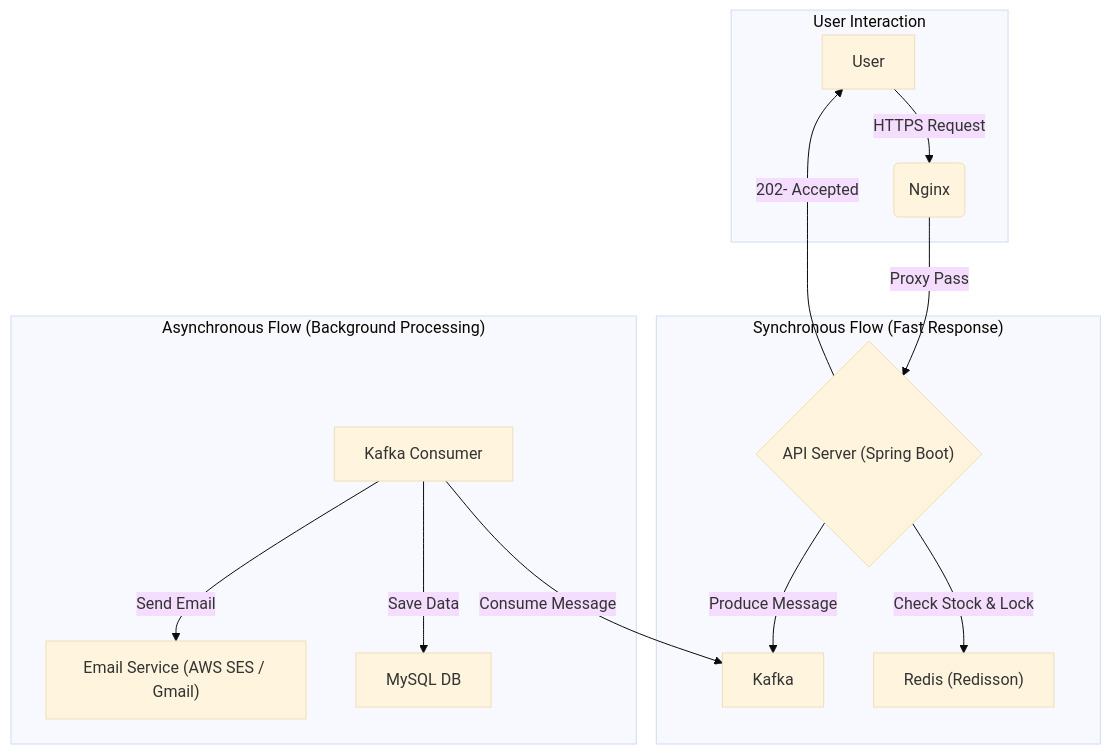
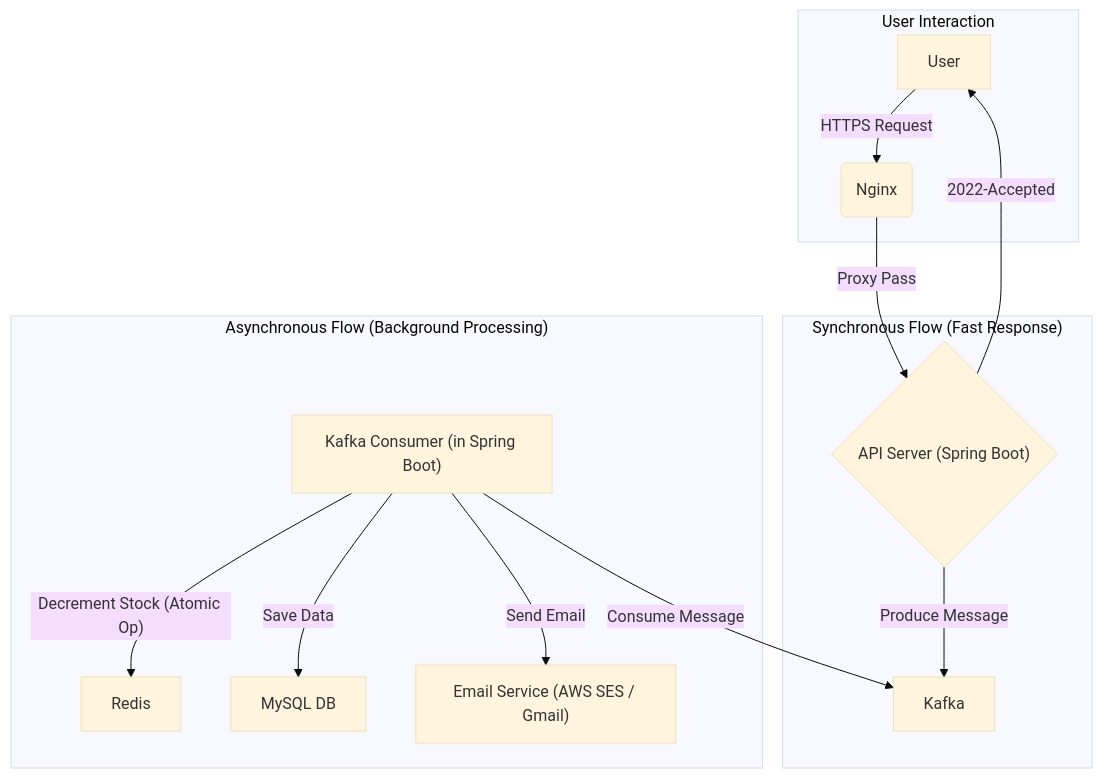
One commit to terning-farewell-thanks/terning-farewell-server changed the diagram in README.md. Above: the diagram before and after it, drawn with Mermaid (base theme).

Commit message:
docs(README) : 변경된 아키텍처 적용

````diff
--- a/README.md
+++ b/README.md
@@ -18,17 +18,19 @@
 ```mermaid
 graph TD
     subgraph "User Interaction"
         A[User] -->|HTTPS Request| B(Nginx)
     end
+
     subgraph "Synchronous Flow (Fast Response)"
         B -->|"Proxy Pass"| C{"API Server (Spring Boot)"}
-        C -->|"Check Stock & Lock"| D["Redis (Redisson)"]
         C -->|"Produce Message"| E[Kafka]
-        C -->|"202- Accepted"| A
+        C -->|"2022-Accepted"| A
     end
+
     subgraph "Asynchronous Flow (Background Processing)"
-        F[Kafka Consumer] -->|"Consume Message"| E
+        F["Kafka Consumer (in Spring Boot)"] -->|"Consume Message"| E
+        F -->|"Decrement Stock (Atomic Op)"| D[Redis]
         F -->|"Save Data"| G[MySQL DB]
         F -->|"Send Email"| H["Email Service (AWS SES / Gmail)"]
     end
 ```
````
